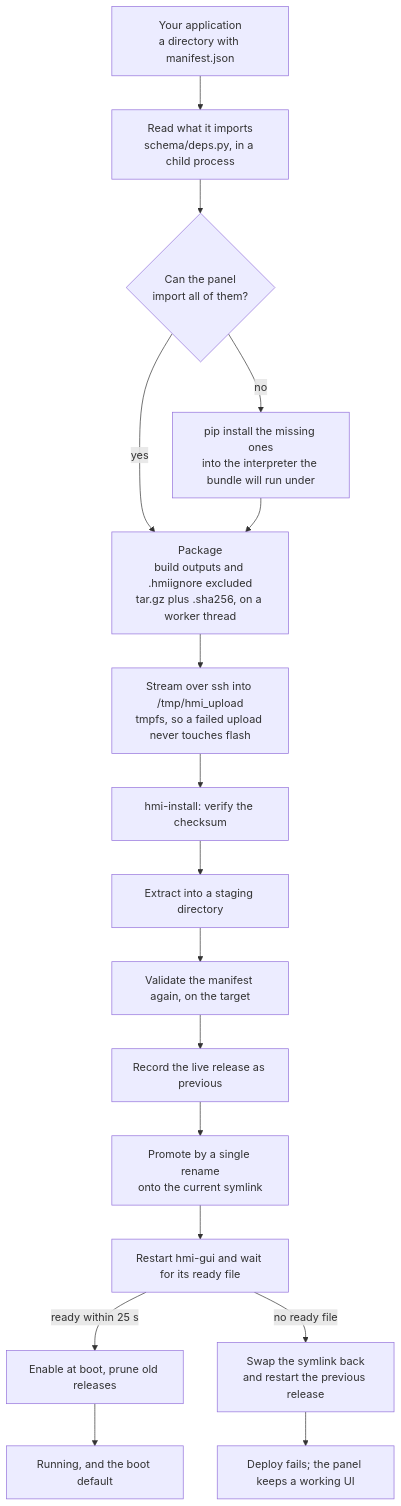
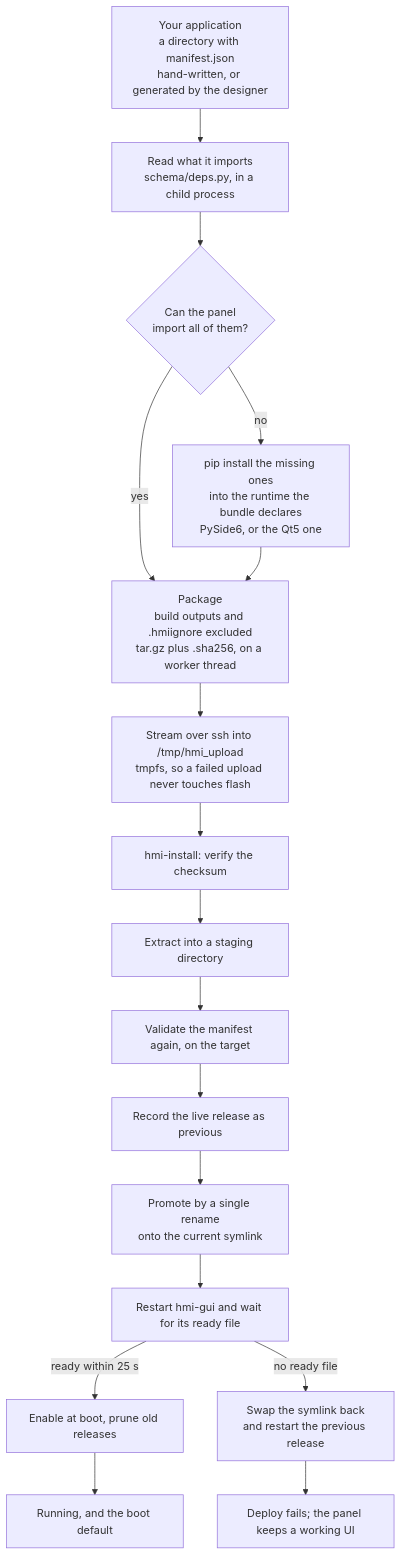
One commit to Hitheshkaranth/EmbeddedDisplayStudio changed the diagram in docs/assets/deploy-pipeline.mmd. Above: the diagram before and after it, drawn with Mermaid. The commit also changed 5 other files, not shown here.

First line of the commit message:
Redraw the diagrams for the platform as it stands

```diff
--- a/docs/assets/deploy-pipeline.mmd
+++ b/docs/assets/deploy-pipeline.mmd
@@ -1,17 +1,17 @@
 graph TD
-    A["Your application<br/>a directory with manifest.json"] --> B["Read what it imports<br/>schema/deps.py, in a child process"]
+    A["Your application<br/>a directory with manifest.json<br/>hand-written, or generated by the designer"] --> B["Read what it imports<br/>schema/deps.py, in a child process"]
     B --> C{"Can the panel<br/>import all of them?"}
-    C -->|no| D["pip install the missing ones<br/>into the interpreter the bundle will run under"]
+    C -->|no| D["pip install the missing ones<br/>into the runtime the bundle declares<br/>PySide6, or the Qt5 one"]
     C -->|yes| E
     D --> E["Package<br/>build outputs and .hmiignore excluded<br/>tar.gz plus .sha256, on a worker thread"]
     E --> F["Stream over ssh into /tmp/hmi_upload<br/>tmpfs, so a failed upload never touches flash"]
     F --> G["hmi-install: verify the checksum"]
     G --> H["Extract into a staging directory"]
     H --> I["Validate the manifest again, on the target"]
     I --> J["Record the live release as previous"]
     J --> K["Promote by a single rename<br/>onto the current symlink"]
     K --> L["Restart hmi-gui and wait for its ready file"]
     L -->|ready within 25 s| M["Enable at boot, prune old releases"]
     L -->|no ready file| N["Swap the symlink back<br/>and restart the previous release"]
     M --> O["Running, and the boot default"]
     N --> P["Deploy fails; the panel keeps a working UI"]
```
